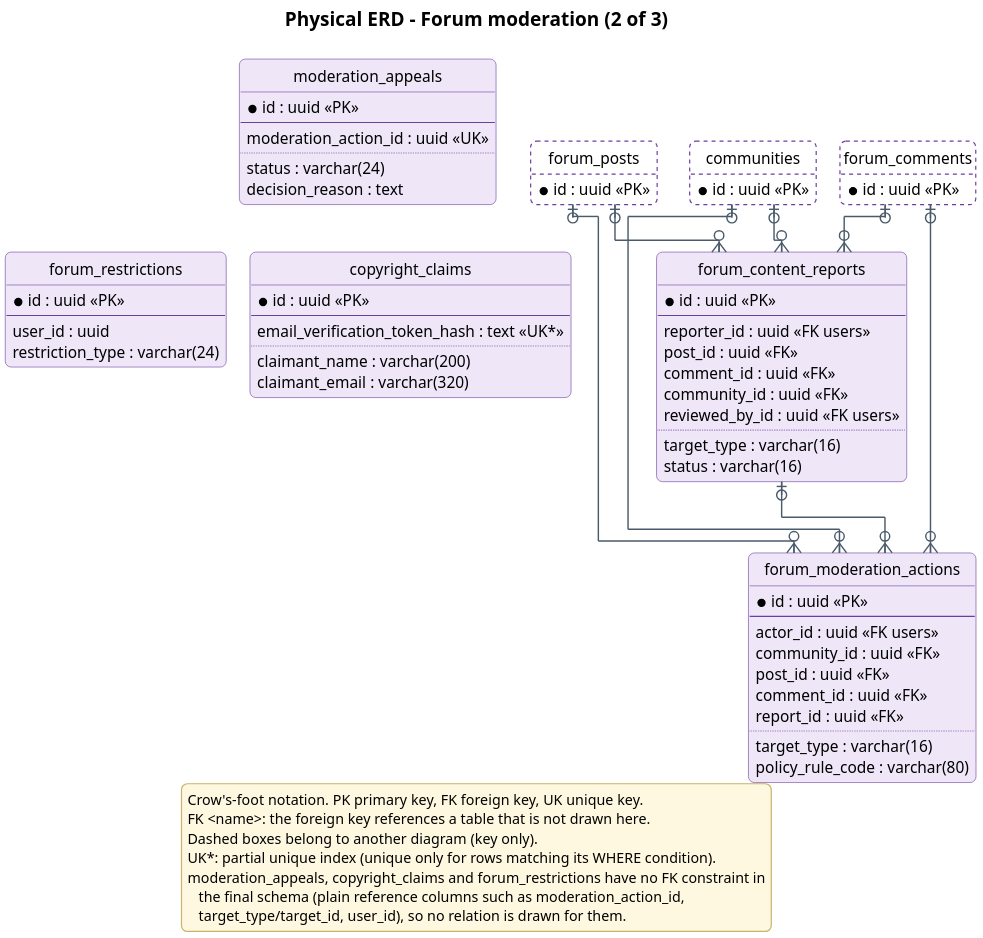
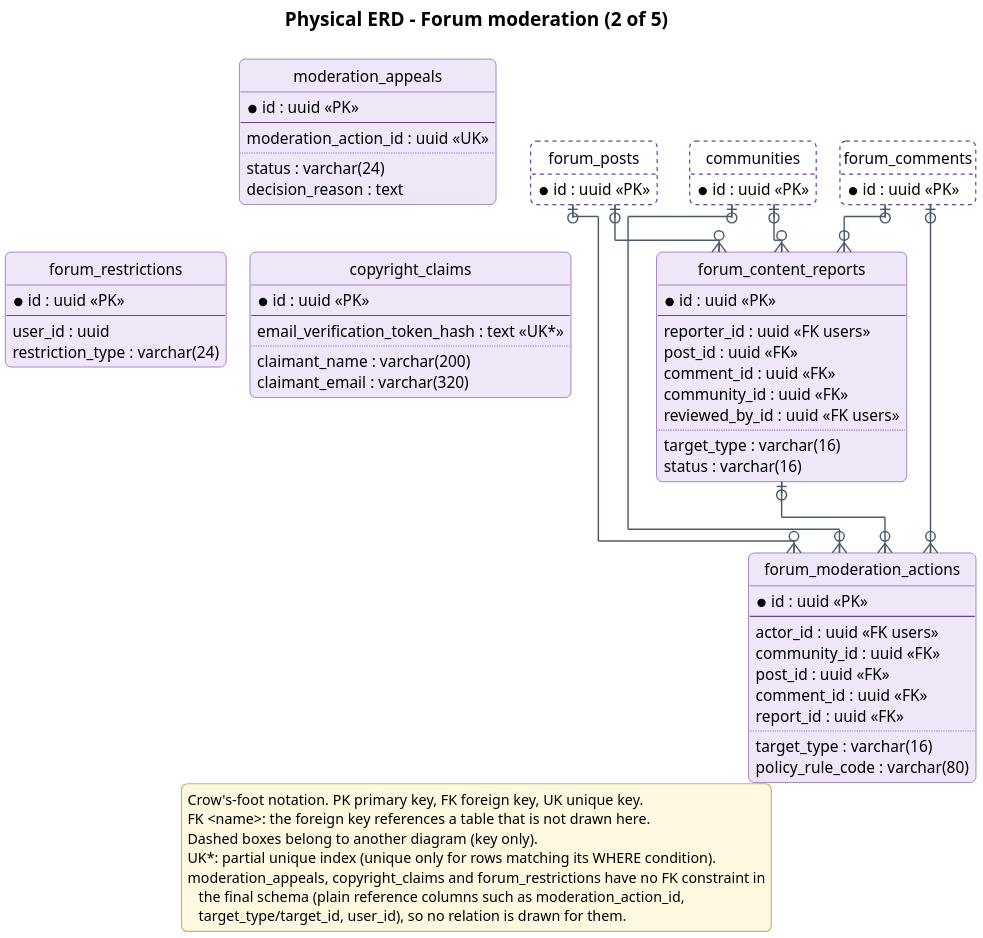
The diagram in docs/diagrams/report4/R4_ERD_community_b.puml (Khoa-Hoa-Technology-Solution-Company/lumi-gap), drawn with PlantUML before and after one commit. The commit also changed 202 other files, not shown here.

First line of the commit message:
docs: relayout report diagrams with orthogonal hand-placed layouts

```diff
--- a/docs/diagrams/report4/R4_ERD_community_b.puml
+++ b/docs/diagrams/report4/R4_ERD_community_b.puml
@@ -1,99 +1,99 @@
 @startuml
 !pragma layout elk
 skinparam dpi 200
 skinparam defaultFontName "Segoe UI"
 skinparam defaultFontSize 13
 skinparam shadowing false
 skinparam roundCorner 10
 skinparam backgroundColor #FFFFFF
 skinparam ArrowColor #4A5A6A
 skinparam ArrowThickness 1.2
 skinparam ArrowFontSize 12
 skinparam ArrowFontColor #4A5A6A
 skinparam TitleFontSize 16
 skinparam TitleFontStyle bold
 skinparam entity {
   BackgroundColor #EFE6F8
   BorderColor #6A3FA0
 }
 skinparam legend {
   BackgroundColor #FFF8E1
   BorderColor #C9B36B
   FontSize 12
 }
 skinparam stereotypeFontSize 10
 hide circle
 hide empty methods
-title Physical ERD - Forum moderation (2 of 3)
+title Physical ERD - Forum moderation (2 of 5)
 entity forum_content_reports #EFE6F8;line:6A3FA0 {
   * id : uuid <<PK>>
   --
   reporter_id : uuid <<FK users>>
   post_id : uuid <<FK>>
   comment_id : uuid <<FK>>
   community_id : uuid <<FK>>
   reviewed_by_id : uuid <<FK users>>
   ..
   target_type : varchar(16)
   status : varchar(16)
 }
 entity forum_moderation_actions #EFE6F8;line:6A3FA0 {
   * id : uuid <<PK>>
   --
   actor_id : uuid <<FK users>>
   community_id : uuid <<FK>>
   post_id : uuid <<FK>>
   comment_id : uuid <<FK>>
   report_id : uuid <<FK>>
   ..
   target_type : varchar(16)
   policy_rule_code : varchar(80)
 }
 entity moderation_appeals #EFE6F8;line:6A3FA0 {
   * id : uuid <<PK>>
   --
   moderation_action_id : uuid <<UK>>
   ..
   status : varchar(24)
   decision_reason : text
 }
 entity copyright_claims #EFE6F8;line:6A3FA0 {
   * id : uuid <<PK>>
   --
   email_verification_token_hash : text <<UK*>>
   ..
   claimant_name : varchar(200)
   claimant_email : varchar(320)
 }
 entity forum_restrictions #EFE6F8;line:6A3FA0 {
   * id : uuid <<PK>>
   --
   user_id : uuid
   restriction_type : varchar(24)
 }
 entity communities #FFFFFF;line:6A3FA0;line.dashed {
   * id : uuid <<PK>>
 }
 entity forum_posts #FFFFFF;line:6A3FA0;line.dashed {
   * id : uuid <<PK>>
 }
 entity forum_comments #FFFFFF;line:6A3FA0;line.dashed {
   * id : uuid <<PK>>
 }
 communities |o--o{ forum_content_reports
 communities |o--o{ forum_moderation_actions
 forum_comments |o--o{ forum_content_reports
 forum_comments |o--o{ forum_moderation_actions
 forum_content_reports |o--o{ forum_moderation_actions
 forum_posts |o--o{ forum_content_reports
 forum_posts |o--o{ forum_moderation_actions
 legend bottom
 Crow's-foot notation. PK primary key, FK foreign key, UK unique key.
 FK <name>: the foreign key references a table that is not drawn here.
 Dashed boxes belong to another diagram (key only).
 UK*: partial unique index (unique only for rows matching its WHERE condition).
 moderation_appeals, copyright_claims and forum_restrictions have no FK constraint in
    the final schema (plain reference columns such as moderation_action_id,
    target_type/target_id, user_id), so no relation is drawn for them.
 endlegend
 @enduml
```
